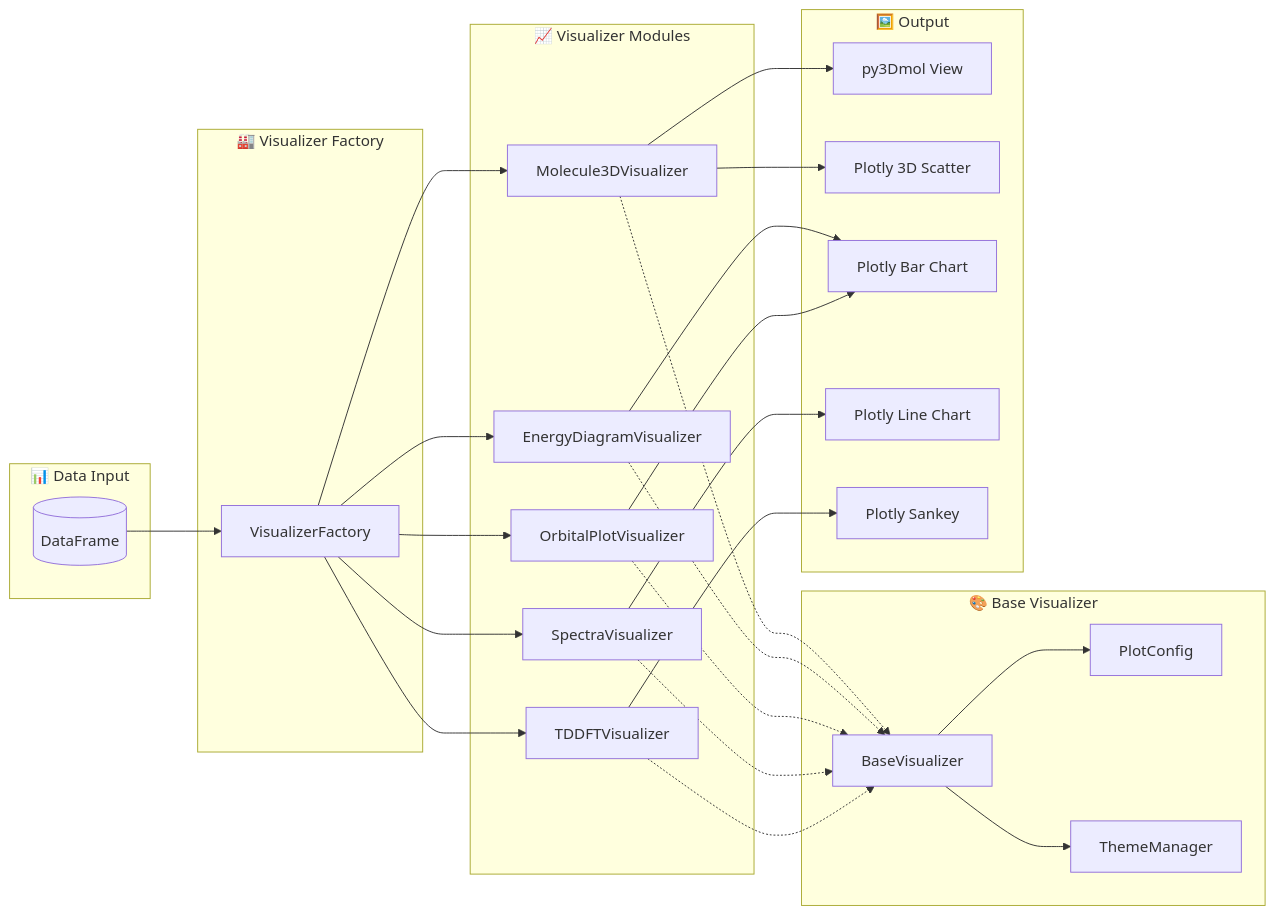
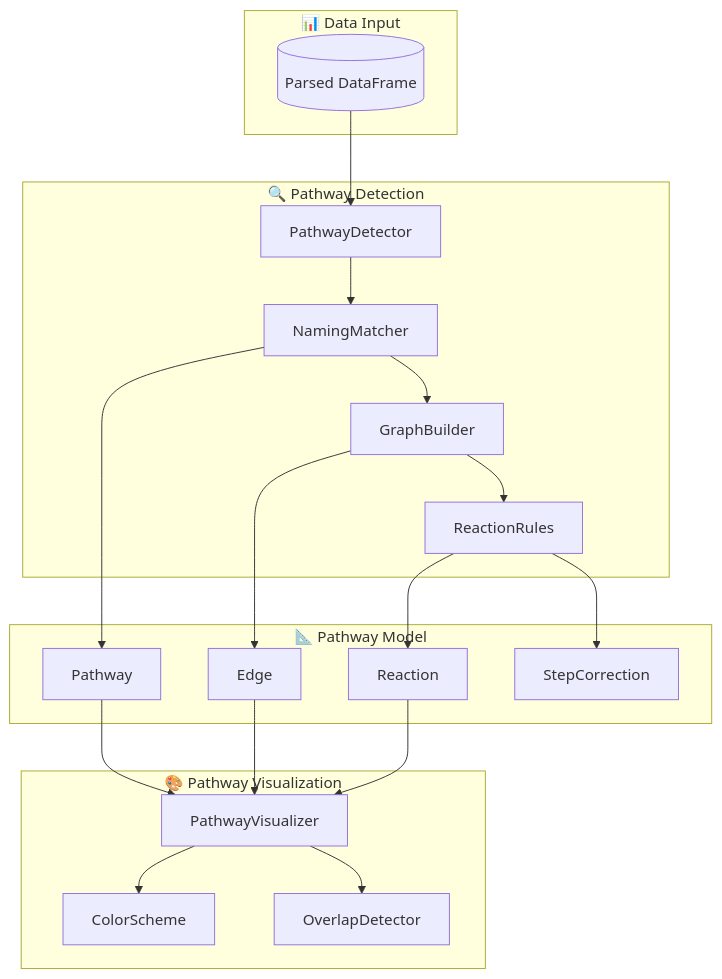
The second of 4 diagrams in README.md (jauharmz/Orca_Files), drawn with Mermaid before and after one commit. The commit also changed other lines of this file, not shown here.

Commit message:
docs: Update README to reflect new project features, revised architecture, and detailed component diagrams.

````diff
--- a/README.md
+++ b/README.md
@@ -131,47 +78,37 @@
 ```mermaid
-graph LR
+graph TB
     subgraph "📊 Data Input"
-        DF[(DataFrame)]
+        DF[(Parsed DataFrame)]
     end
     
-    subgraph "🏭 Visualizer Factory"
-        VF[VisualizerFactory]
+    subgraph "🔍 Pathway Detection"
+        PD[PathwayDetector]
+        NM[NamingMatcher]
+        GD[GraphBuilder]
+        RR[ReactionRules]
     end
     
-    subgraph "🎨 Base Visualizer"
-        BV[BaseVisualizer]
-        BV --> CFG[PlotConfig]
-        BV --> THM[ThemeManager]
+    subgraph "📐 Pathway Model"
+        PW[Pathway]
+        ED[Edge]
+        RX[Reaction]
+        SC[StepCorrection]
     end
     
-    subgraph "📈 Visualizer Modules"
-        M3D[Molecule3DVisualizer]
-        EV[EnergyDiagramVisualizer]
-        OV[OrbitalPlotVisualizer]
-        SV[SpectraVisualizer]
-        TV[TDDFTVisualizer]
+    subgraph "🎨 Pathway Visualization"
+        PWV[PathwayVisualizer]
+        CS[ColorScheme]
+        OD[OverlapDetector]
     end
     
-    subgraph "🖼️ Output"
-        P3D[py3Dmol View]
-        PL3D[Plotly 3D Scatter]
-        PLB[Plotly Bar Chart]
-        PLL[Plotly Line Chart]
-        PLS[Plotly Sankey]
-    end
+    DF --> PD
+    PD --> NM --> GD
+    GD --> RR
     
-    DF --> VF
-    VF --> M3D & EV & OV & SV & TV
+    NM --> PW
+    GD --> ED
+    RR --> RX & SC
     
-    M3D -.-> BV
-    EV -.-> BV
-    OV -.-> BV
-    SV -.-> BV
-    TV -.-> BV
-    
-    M3D --> P3D & PL3D
-    EV --> PLB
-    OV --> PLB
-    SV --> PLL
-    TV --> PLS
+    PW & ED & RX --> PWV
+    PWV --> CS & OD
 ```
````
